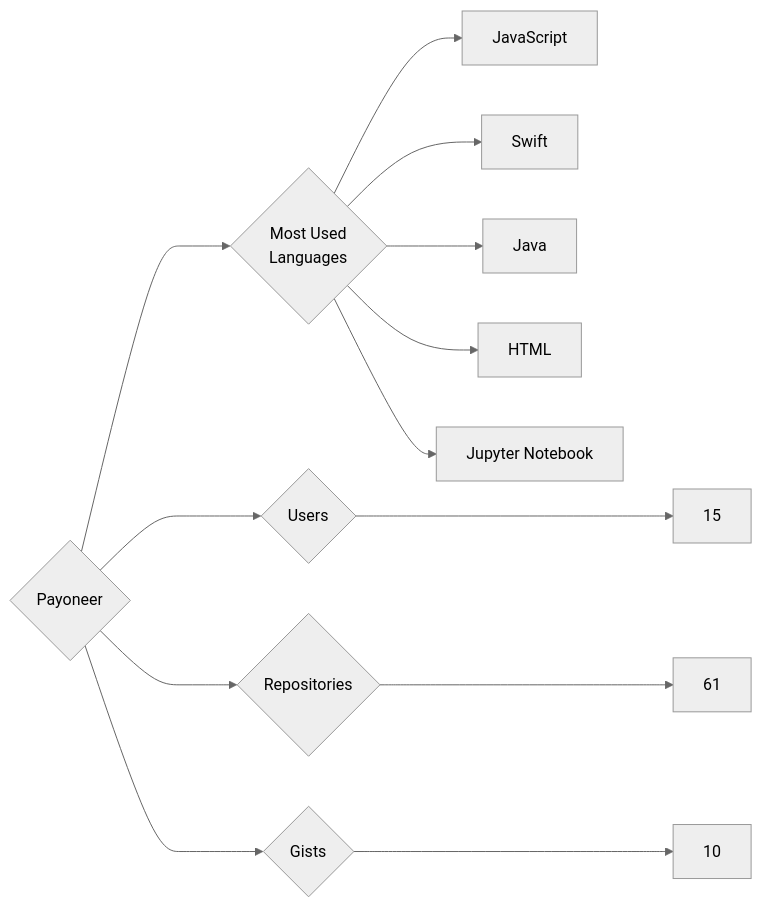
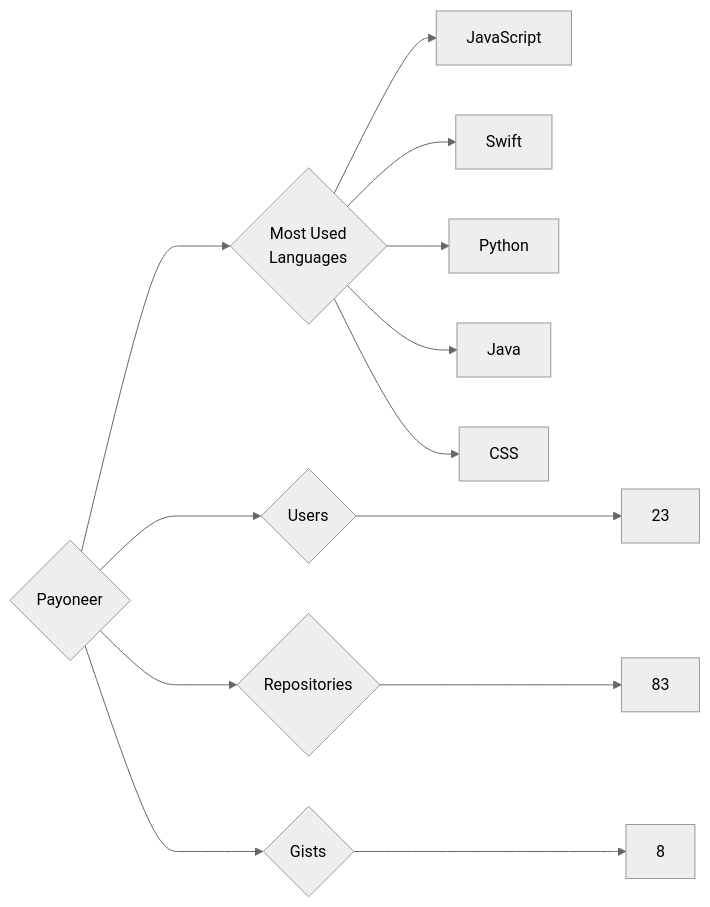
The diagram in targets/Payoneer/README.md (trickest/insiders), drawn with Mermaid (neutral theme) before and after one commit. The commit also changed 965 other files, not shown here.

````diff
--- a/targets/Payoneer/README.md
+++ b/targets/Payoneer/README.md
@@ -3,13 +3,13 @@
 ```mermaid
 graph LR
 COMPANY_NAME{Payoneer}
-COMPANY_NAME ---> U{Users} ---> UN[15]
-COMPANY_NAME ---> R{Repositories} ---> RN[61]
-COMPANY_NAME ---> G{Gists} ---> GN[10]
+COMPANY_NAME ---> U{Users} ---> UN[23]
+COMPANY_NAME ---> R{Repositories} ---> RN[83]
+COMPANY_NAME ---> G{Gists} ---> GN[8]
 COMPANY_NAME ---> ML{Most Used<br>Languages}
 ML --> JavaScript[JavaScript]
 ML --> Swift[Swift]
+ML --> Python[Python]
 ML --> Java[Java]
-ML --> HTML[HTML]
-ML --> Jupyter_Notebook[Jupyter Notebook]
+ML --> CSS[CSS]
 ```
````
